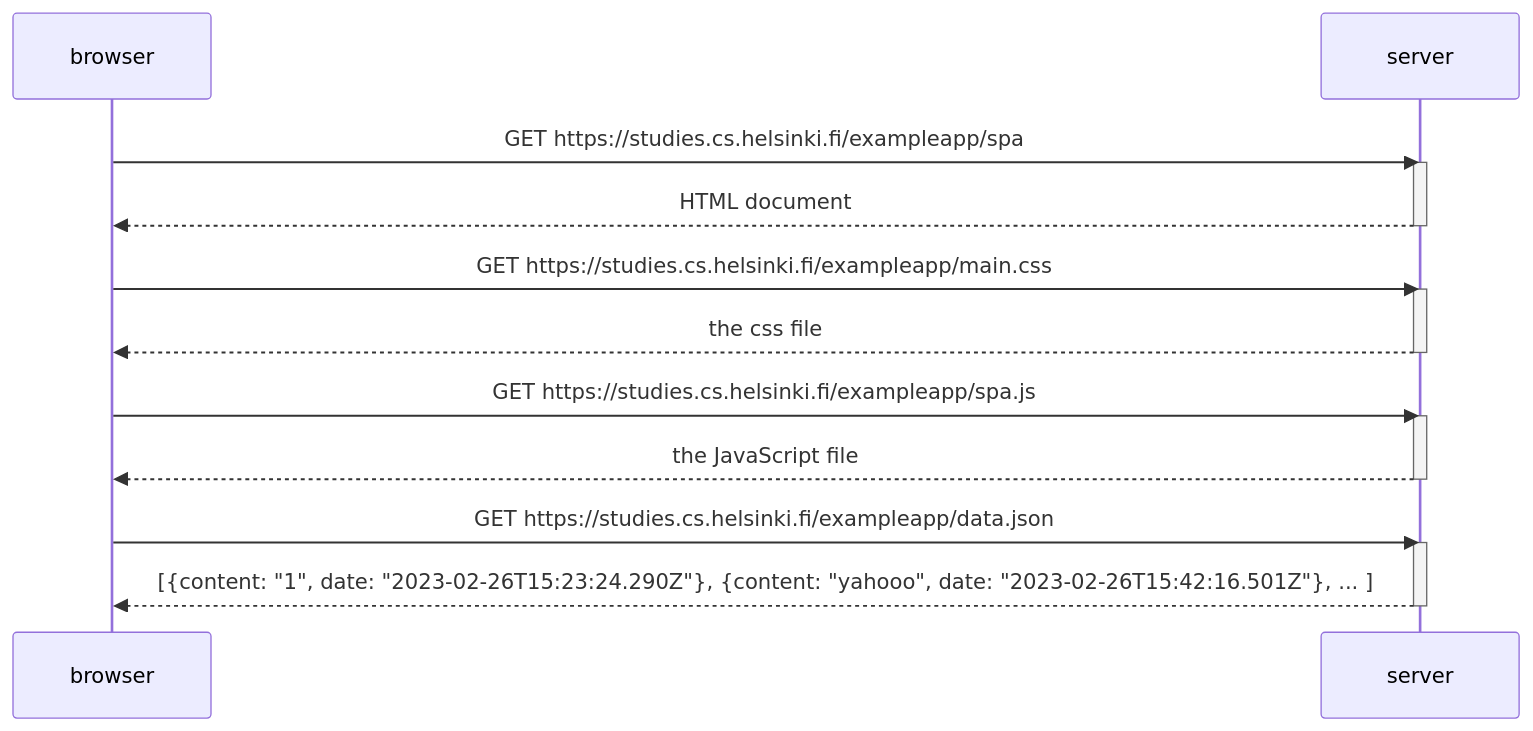
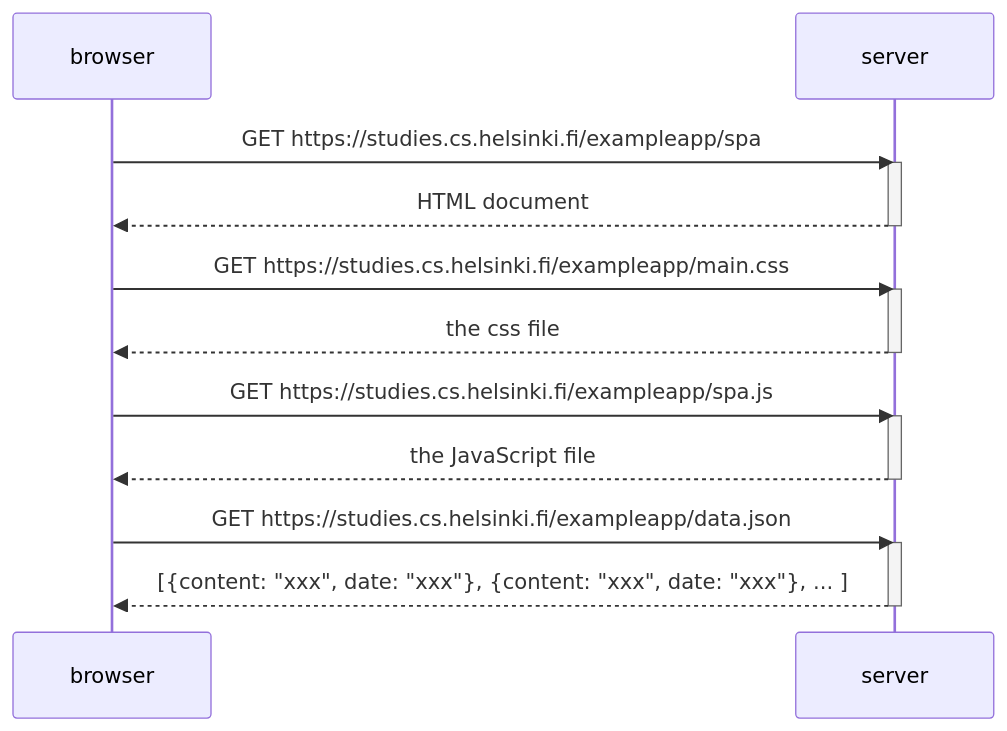
Before and after one commit to ymliu978/CSM141081: the diagram in part-0/0.5-single-page-app-diagram.md, drawn with Mermaid.

Commit message:
draft completed

````diff
--- a/part-0/0.5-single-page-app-diagram.md
+++ b/part-0/0.5-single-page-app-diagram.md
@@ -3,26 +3,26 @@
 ```mermaid
 sequenceDiagram
     participant browser
     participant server
     
     browser->>server: GET https://studies.cs.helsinki.fi/exampleapp/spa
     activate server
     server-->>browser: HTML document
     deactivate server
     
     browser->>server: GET https://studies.cs.helsinki.fi/exampleapp/main.css
     activate server
     server-->>browser: the css file
     deactivate server
     
     browser->>server: GET https://studies.cs.helsinki.fi/exampleapp/spa.js
     activate server
     server-->>browser: the JavaScript file
     deactivate server
     
     browser->>server: GET https://studies.cs.helsinki.fi/exampleapp/data.json
     activate server
-    server-->>browser: [{content: "1", date: "2023-02-26T15:23:24.290Z"}, {content: "yahooo", date: "2023-02-26T15:42:16.501Z"}, ... ]
+    server-->>browser: [{content: "xxx", date: "xxx"}, {content: "xxx", date: "xxx"}, ... ]
     deactivate server
     
 ```
````
